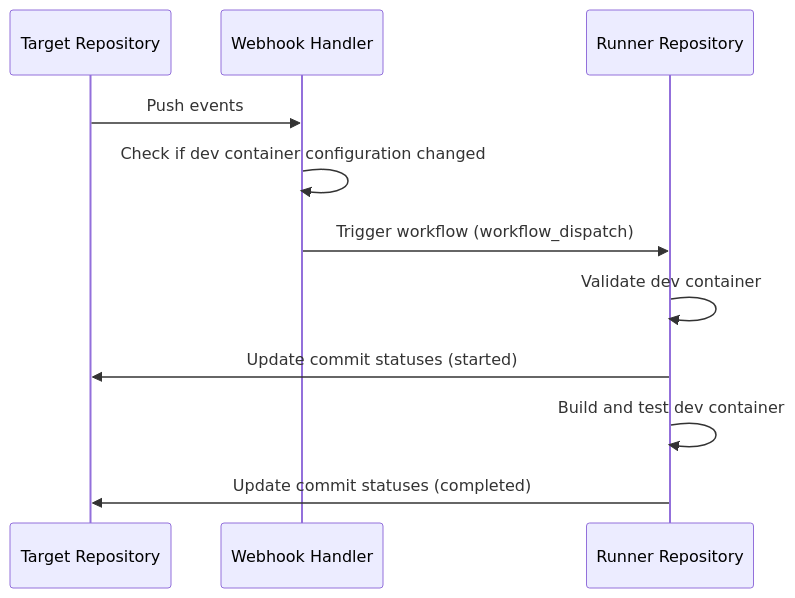
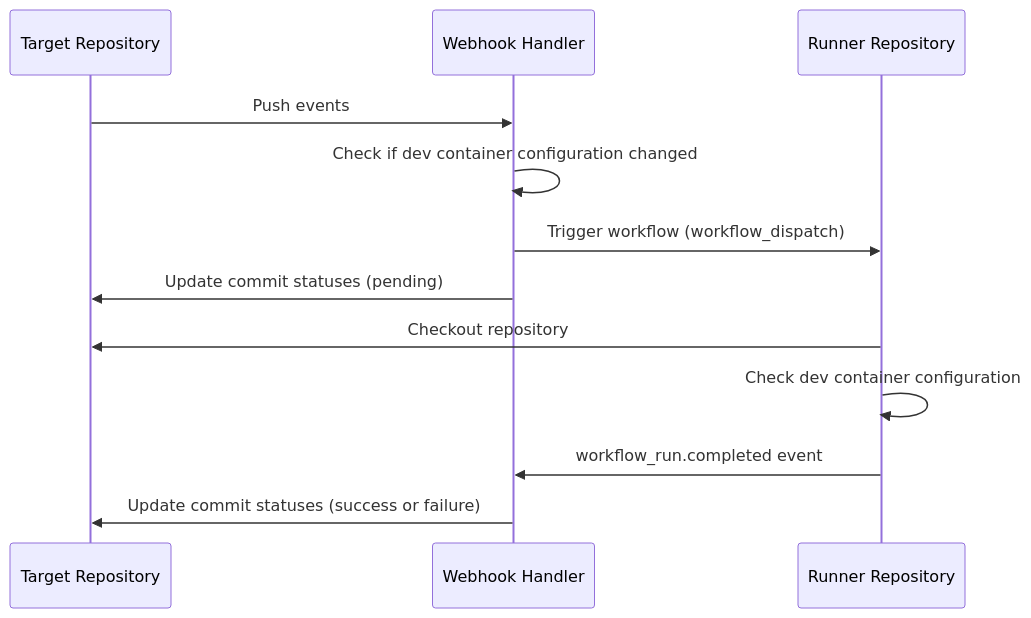
One commit to lasuillard-s/devcontainer-check changed the diagram in README.md. Above: the diagram before and after it, drawn with Mermaid. The commit also changed other lines of this file and 24 other files, not shown here.

````diff
--- a/README.md
+++ b/README.md
@@ -11,14 +11,15 @@
 ```mermaid
 sequenceDiagram
 	participant target as Target Repository
 	participant server as Webhook Handler
 	participant runner as Runner Repository
 
   target ->> server: Push events
   server ->> server: Check if dev container configuration changed
   server ->> runner: Trigger workflow (workflow_dispatch)
-  runner ->> runner: Validate dev container
-  runner ->> target: Update commit statuses (started)
-  runner ->> runner: Build and test dev container
-  runner ->> target: Update commit statuses (completed)
+  server ->> target: Update commit statuses (pending)
+  runner ->> target: Checkout repository
+  runner ->> runner: Check dev container configuration
+  runner ->> server: workflow_run.completed event
+  server ->> target: Update commit statuses (success or failure)
 ```
````
